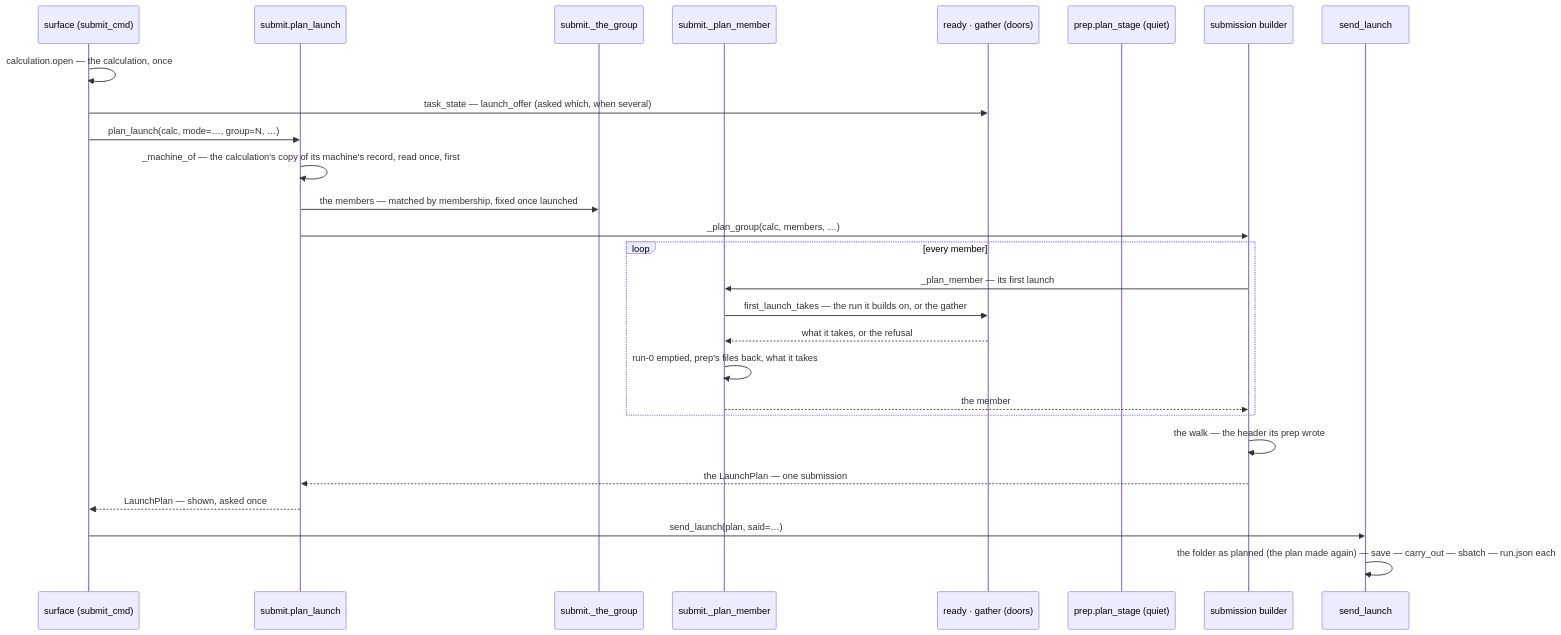
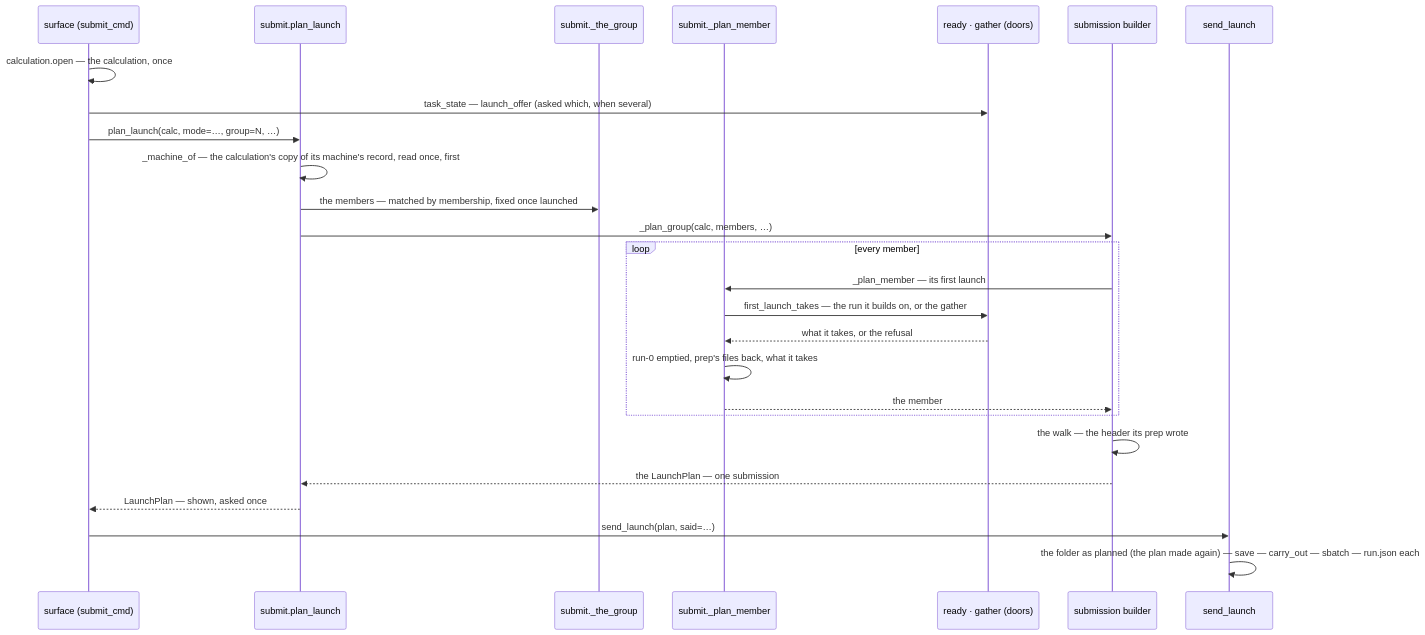
Before and after one commit to Qing-LAB/molbuilder: diagram 19 of 19 in docs/execution/job-system.md, drawn with Mermaid. The commit also changed other lines of this file and 193 other files, not shown here.

````diff
--- a/docs/execution/job-system.md
+++ b/docs/execution/job-system.md
@@ -3467,29 +3397,28 @@
 ```mermaid
 sequenceDiagram
     participant S as surface (submit_cmd)
     participant E as submit.plan_launch
     participant W as submit._the_group
     participant M as submit._plan_member
     participant R as ready · gather (doors)
-    participant P as prep.plan_stage (quiet)
     participant B as submission builder
     participant X as send_launch
     S->>S: calculation.open — the calculation, once
     S->>R: task_state — launch_offer (asked which, when several)
     S->>E: plan_launch(calc, mode=…, group=N, …)
     E->>E: _machine_of — the calculation's copy of its machine's record, read once, first
     E->>W: the members — matched by membership, fixed once launched
     E->>B: _plan_group(calc, members, …)
     loop every member
         B->>M: _plan_member — its first launch
         M->>R: first_launch_takes — the run it builds on, or the gather
         R-->>M: what it takes, or the refusal
         M->>M: run-0 emptied, prep's files back, what it takes
         M-->>B: the member
     end
     B->>B: the walk — the header its prep wrote
     B-->>E: the LaunchPlan — one submission
     E-->>S: LaunchPlan — shown, asked once
     S->>X: send_launch(plan, said=…)
     X->>X: the folder as planned (the plan made again) — save — carry_out — sbatch — run.json each
 ```
````
